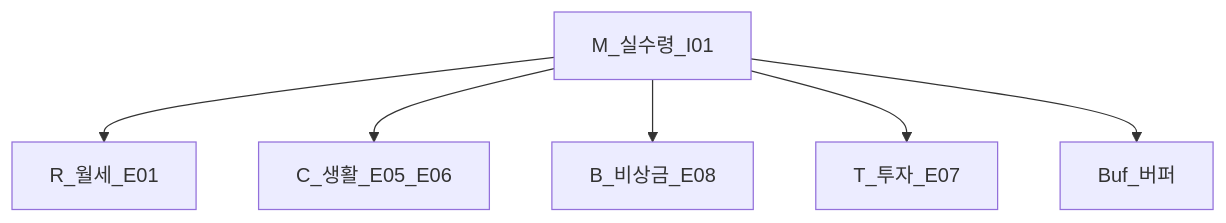
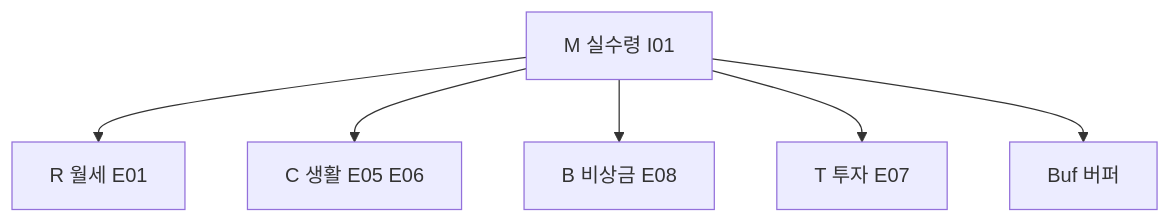
One commit to goldanghenry/Finances changed the third of 3 diagrams in 01-foundations/household-ledger-practical.md. Above: the diagram before and after it, drawn with Mermaid. The commit also changed other lines of this file and 211 other files, not shown here.

````diff
--- a/01-foundations/household-ledger-practical.md
+++ b/01-foundations/household-ledger-practical.md
@@ -250,8 +258,8 @@
 ```mermaid
 flowchart TD
-  M[M_실수령_I01] --> R[R_월세_E01]
-  M --> C[C_생활_E05_E06]
-  M --> B[B_비상금_E08]
-  M --> T[T_투자_E07]
-  M --> Buf[Buf_버퍼]
+  M["M 실수령 I01"] --> R["R 월세 E01"]
+  M --> C["C 생활 E05 E06"]
+  M --> B["B 비상금 E08"]
+  M --> T["T 투자 E07"]
+  M --> Buf["Buf 버퍼"]
 ```
````
